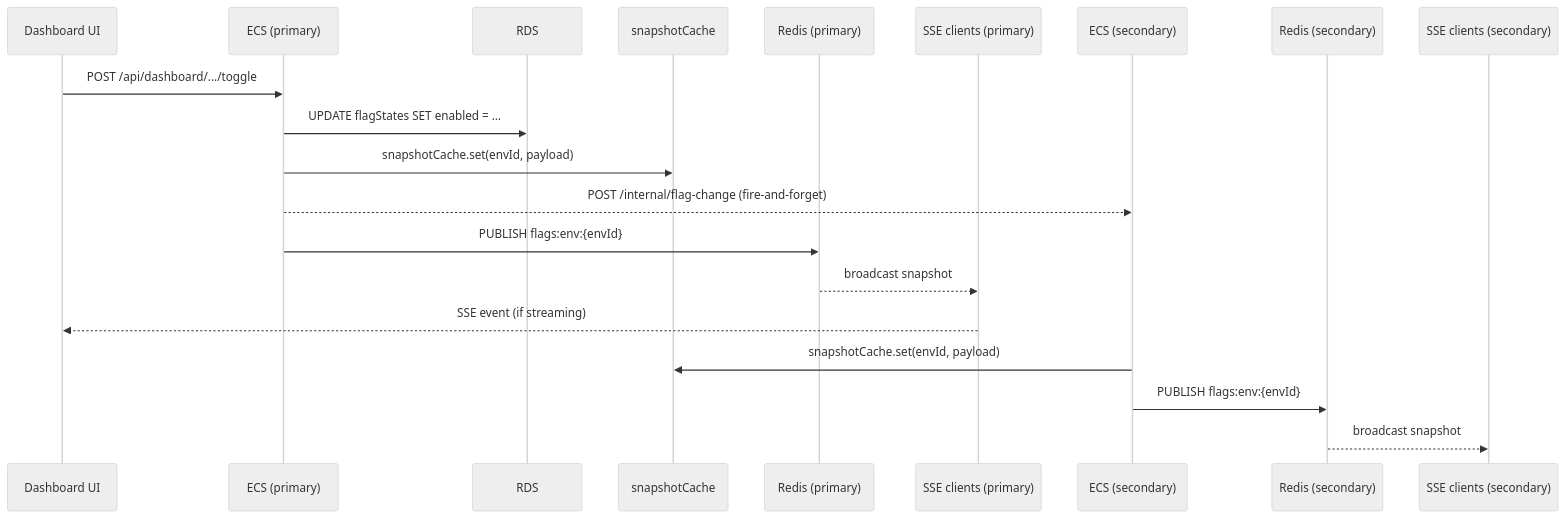
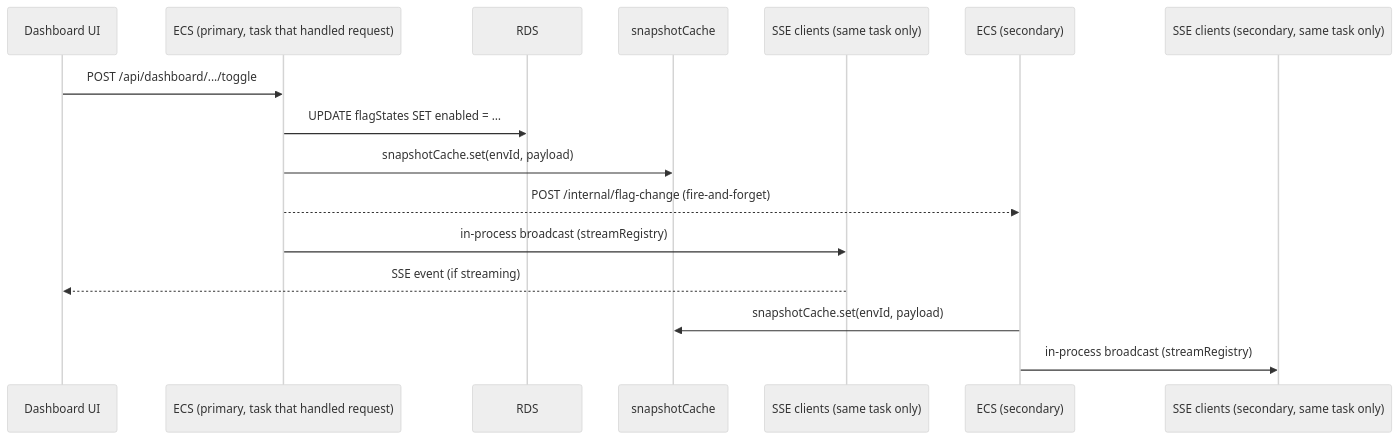
Before and after one commit to RBM-Software/vexillo: the second of 4 diagrams in docs/architecture.md, drawn with Mermaid (neutral theme). The commit also changed other lines of this file, not shown here.

First line of the commit message:
docs: correct architecture diagram — remove Redis from CDK-provisioned infra

````diff
--- a/docs/architecture.md
+++ b/docs/architecture.md
@@ -61,24 +57,20 @@
 ```mermaid
 sequenceDiagram
     participant Admin as Dashboard UI
-    participant API as ECS (primary)
+    participant API as ECS (primary, task that handled request)
     participant DB as RDS
     participant Cache as snapshotCache
-    participant Redis as Redis (primary)
-    participant SSE_P as SSE clients (primary)
+    participant SSE_P as SSE clients (same task only)
     participant Sec as ECS (secondary)
-    participant Redis_S as Redis (secondary)
-    participant SSE_S as SSE clients (secondary)
+    participant SSE_S as SSE clients (secondary, same task only)
 
     Admin->>API: POST /api/dashboard/.../toggle
     API->>DB: UPDATE flagStates SET enabled = …
     API->>Cache: snapshotCache.set(envId, payload)
     API-->>Sec: POST /internal/flag-change (fire-and-forget)
-    API->>Redis: PUBLISH flags:env:{envId}
-    Redis-->>SSE_P: broadcast snapshot
+    API->>SSE_P: in-process broadcast (streamRegistry)
     SSE_P-->>Admin: SSE event (if streaming)
 
     Sec->>Cache: snapshotCache.set(envId, payload)
-    Sec->>Redis_S: PUBLISH flags:env:{envId}
-    Redis_S-->>SSE_S: broadcast snapshot
+    Sec->>SSE_S: in-process broadcast (streamRegistry)
 ```
````
